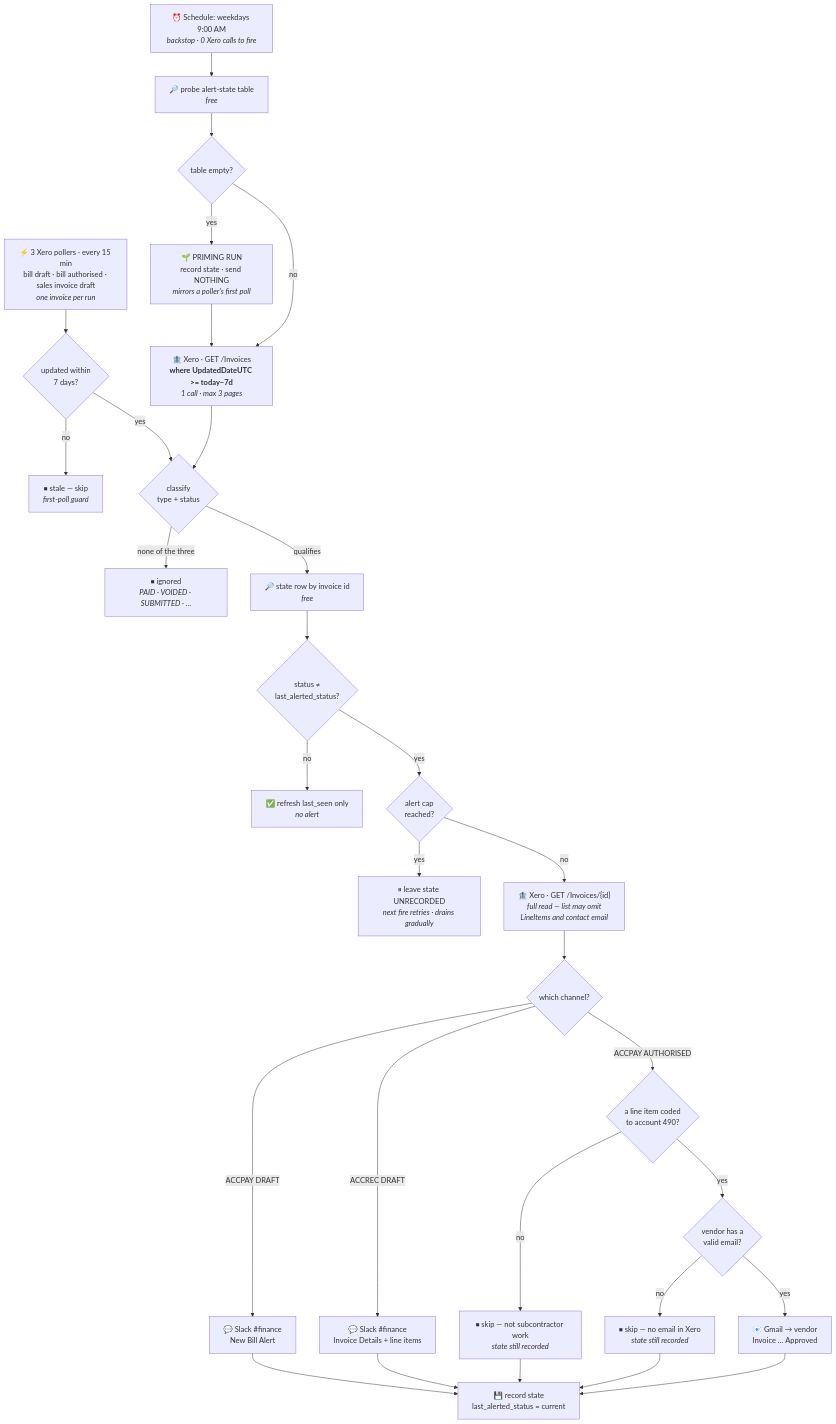
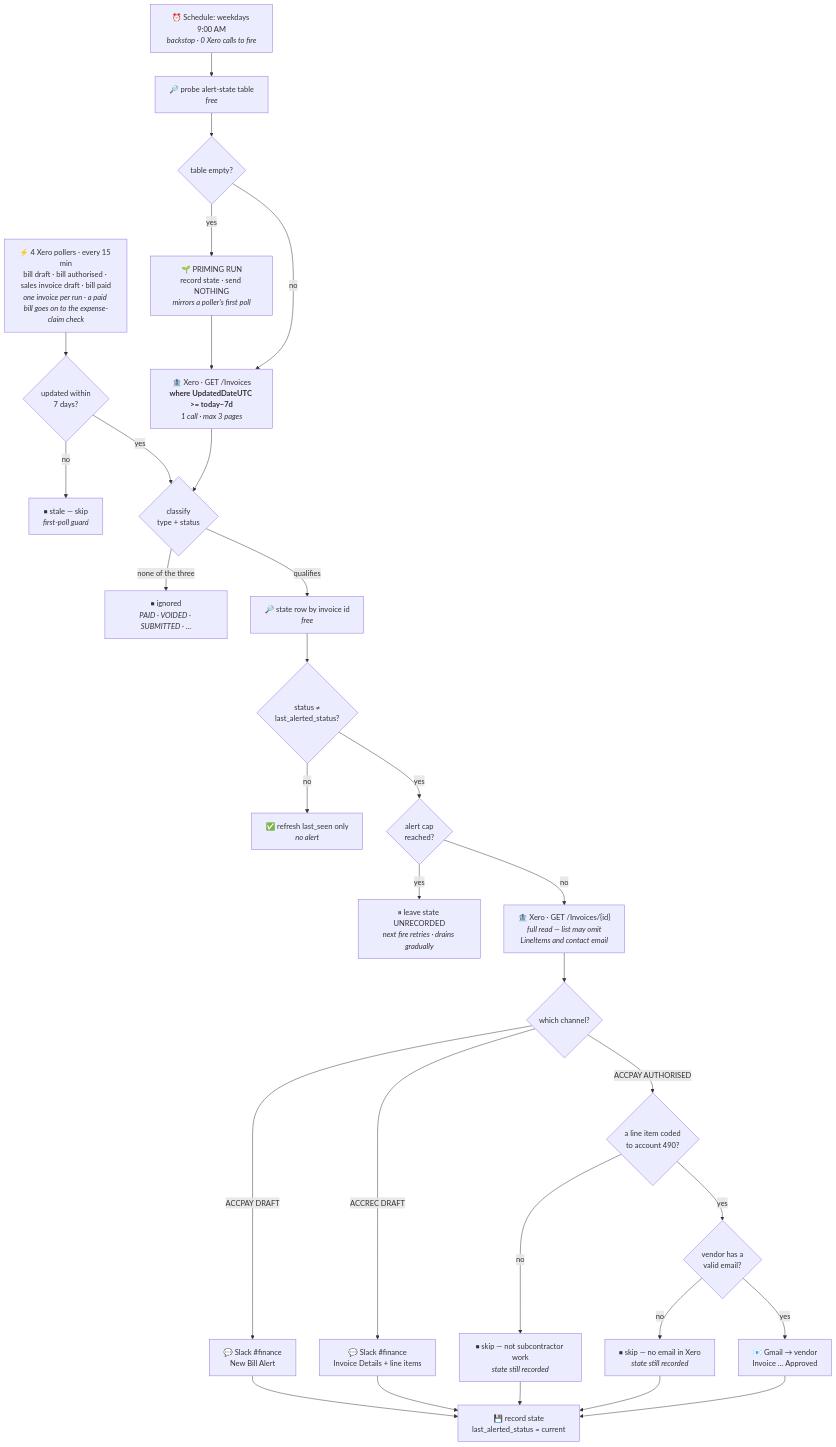
The diagram in xero-invoice-alerts/README.md (work-flowers/zapier-sdk), drawn with Mermaid before and after one commit. The commit also changed other lines of this file and 4 other files, not shown here.

First line of the commit message:
xero-invoice-alerts: add poll-bill-paid deployment for expense claims

````diff
--- a/xero-invoice-alerts/README.md
+++ b/xero-invoice-alerts/README.md
@@ -56,35 +57,35 @@
 ```mermaid
 flowchart TD
-    PL["⚡ 3 Xero pollers · every 15 min<br/>bill draft · bill authorised · sales invoice draft<br/><i>one invoice per run</i>"] --> AGE{"updated within<br/>7 days?"}
+    PL["⚡ 4 Xero pollers · every 15 min<br/>bill draft · bill authorised · sales invoice draft · bill paid<br/><i>one invoice per run · a paid bill goes on to the expense-claim check</i>"] --> AGE{"updated within<br/>7 days?"}
     AGE -- no --> STALE["⏹ stale — skip<br/><i>first-poll guard</i>"]
     AGE -- yes --> C
     T["⏰ Schedule: weekdays 9:00 AM<br/><i>backstop · 0 Xero calls to fire</i>"] --> P["🔎 probe alert-state table<br/><i>free</i>"]
     P --> PR{"table empty?"}
     PR -- "yes" --> PRIME["🌱 PRIMING RUN<br/>record state · send NOTHING<br/><i>mirrors a poller's first poll</i>"]
     PR -- "no" --> Q
     PRIME --> Q
     Q["🏦 Xero · GET /Invoices<br/><b>where UpdatedDateUTC >= today−7d</b><br/><i>1 call · max 3 pages</i>"]
     Q --> C{"classify<br/>type + status"}
     C -- "none of the three" --> IG["⏹ ignored<br/><i>PAID · VOIDED · SUBMITTED · …</i>"]
     C -- "qualifies" --> S["🔎 state row by invoice id<br/><i>free</i>"]
     S --> D{"status ≠<br/>last_alerted_status?"}
     D -- no --> TOUCH["✅ refresh last_seen only<br/><i>no alert</i>"]
     D -- yes --> CAP{"alert cap<br/>reached?"}
     CAP -- yes --> HOLD["⏸ leave state UNRECORDED<br/><i>next fire retries · drains gradually</i>"]
     CAP -- no --> F["🏦 Xero · GET /Invoices/{id}<br/><i>full read — list may omit<br/>LineItems and contact email</i>"]
     F --> R{"which channel?"}
 
     R -- "ACCPAY DRAFT" --> SB["💬 Slack #finance<br/>New Bill Alert"]
     R -- "ACCREC DRAFT" --> SS["💬 Slack #finance<br/>Invoice Details + line items"]
     R -- "ACCPAY AUTHORISED" --> G1{"a line item coded<br/>to account 490?"}
     G1 -- no --> SK1["⏹ skip — not subcontractor work<br/><i>state still recorded</i>"]
     G1 -- yes --> G2{"vendor has a<br/>valid email?"}
     G2 -- no --> SK2["⏹ skip — no email in Xero<br/><i>state still recorded</i>"]
     G2 -- yes --> EM["📧 Gmail → vendor<br/>Invoice … Approved"]
 
     SB --> W["💾 record state<br/>last_alerted_status = current"]
     SS --> W
     EM --> W
     SK1 --> W
     SK2 --> W
 ```
````
